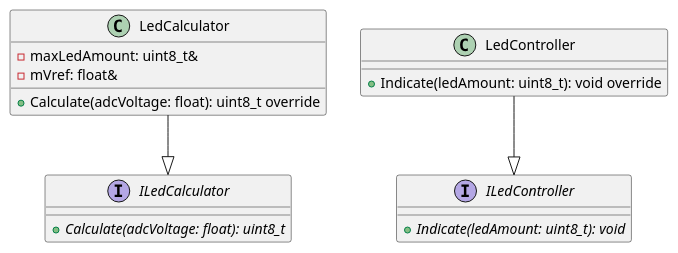
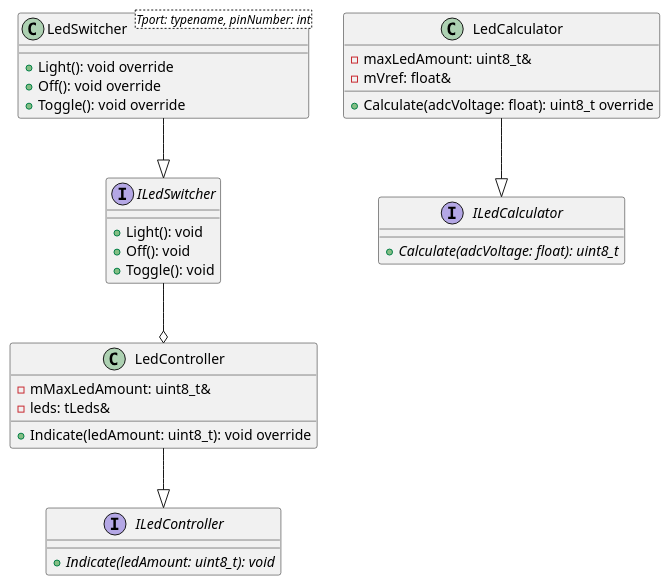
Before and after one commit to kenar03/CoursePaper: the diagram in design/led_control_block.puml, drawn with PlantUML. The commit also changed 4 other files, not shown here.

```diff
--- a/design/led_control_block.puml
+++ b/design/led_control_block.puml
@@ -3,24 +3,40 @@
 @startuml led_control
+
+interface ILedSwitcher {
+  +Light(): void
+  +Off(): void
+  +Toggle(): void
+}
+
+class LedSwitcher<Tport: typename, pinNumber: int> {
+    +Light(): void override
+    +Off(): void override
+    +Toggle(): void override
+}
 
 interface ILedCalculator {
   +Calculate(adcVoltage: float): uint8_t {abstract}
 }
 
 class LedCalculator {
   -maxLedAmount: uint8_t&
   -mVref: float&
   +Calculate(adcVoltage: float): uint8_t override
 }
 
 interface ILedController {
   +Indicate(ledAmount: uint8_t): void {abstract}
 }
 
 class LedController {
-  +Indicate(ledAmount: uint8_t): void override
+    -mMaxLedAmount: uint8_t&
+    -leds: tLeds& 
+    +Indicate(ledAmount: uint8_t): void override
 }
 
+LedSwitcher --|> ILedSwitcher
+ILedSwitcher --o LedController
 LedCalculator --|> ILedCalculator
 LedController --|> ILedController
 
 @enduml
```
